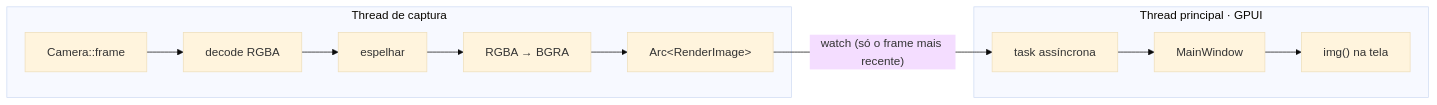
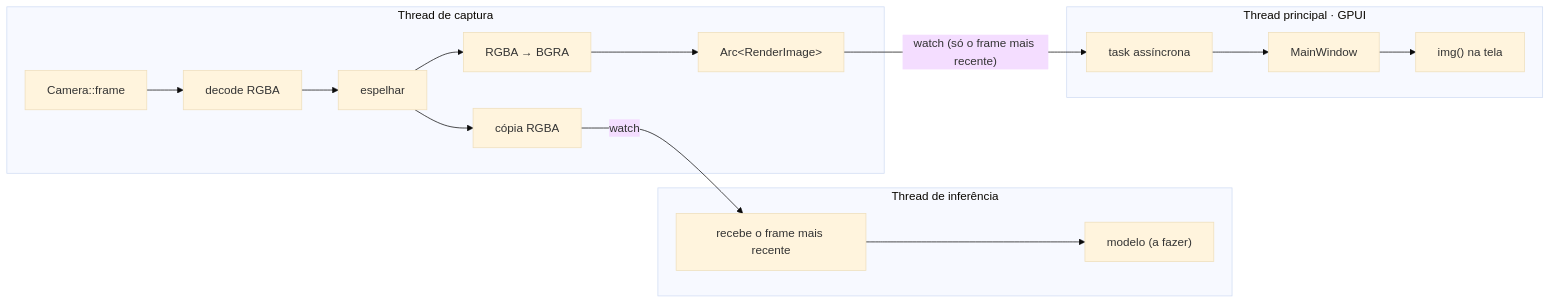
Before and after one commit to Guilherme-j10/motion_track: the second of 2 diagrams in README.md, drawn with Mermaid (base theme). The commit also changed other lines of this file and 5 other files, not shown here.

First line of the commit message:
Separa a captura em módulo próprio e adiciona thread de inferência

````diff
--- a/README.md
+++ b/README.md
@@ -44,16 +44,22 @@
 ```mermaid
 flowchart LR
     subgraph T1[Thread de captura]
         A[Camera::frame] --> B[decode RGBA]
         B --> C[espelhar]
+        C --> R[cópia RGBA]
         C --> D[RGBA → BGRA]
         D --> E["Arc&lt;RenderImage&gt;"]
+    end
+
+    subgraph T3[Thread de inferência]
+        I[recebe o frame mais recente] --> J["modelo (a fazer)"]
     end
 
     subgraph T2[Thread principal · GPUI]
         F[task assíncrona] --> G[MainWindow]
         G --> H["img() na tela"]
     end
 
+    R -->|watch| I
     E -->|"watch (só o frame mais recente)"| F
 ```
````
